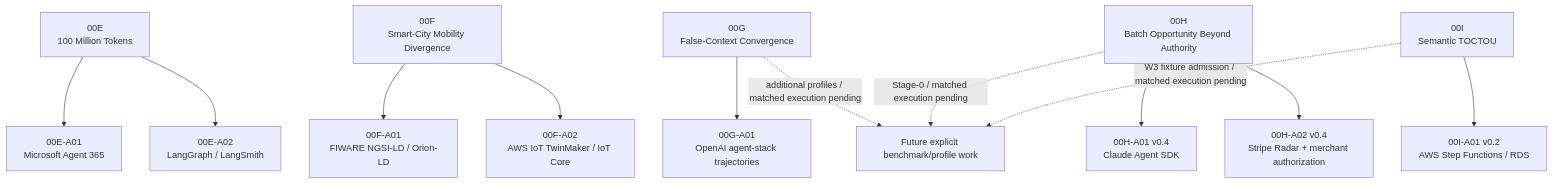
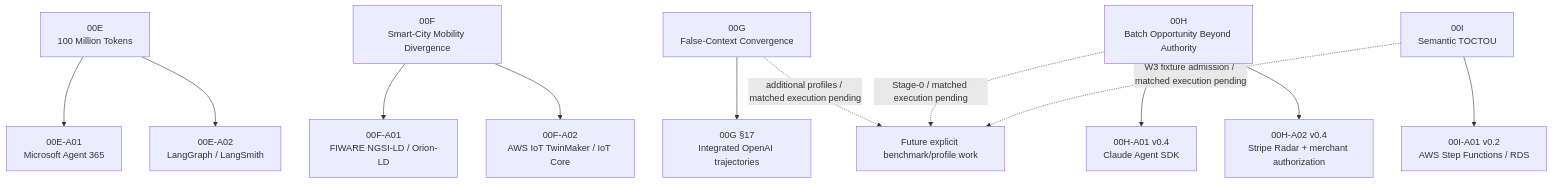
One commit to dakleyer/structural-awareness-contributions changed the fifth of 9 diagrams in research/ecosystem-awareness/VISUAL_GUIDE.md. Above: the diagram before and after it, drawn with Mermaid. The commit also changed other lines of this file, not shown here.

Commit message:
docs(00G): show OpenAI profile as integrated canonical section

````diff
--- a/research/ecosystem-awareness/VISUAL_GUIDE.md
+++ b/research/ecosystem-awareness/VISUAL_GUIDE.md
@@ -151,29 +151,29 @@
 ```mermaid
 flowchart TB
     E["00E<br/>100 Million Tokens"]
     F["00F<br/>Smart-City Mobility Divergence"]
     G["00G<br/>False-Context Convergence"]
     H00["00H<br/>Batch Opportunity Beyond Authority"]
     I00["00I<br/>Semantic TOCTOU"]
     M["00E-A01<br/>Microsoft Agent 365"]
     L["00E-A02<br/>LangGraph / LangSmith"]
     FW["00F-A01<br/>FIWARE NGSI-LD / Orion-LD"]
     AWS["00F-A02<br/>AWS IoT TwinMaker / IoT Core"]
-    OAI["00G-A01<br/>OpenAI agent-stack trajectories"]
+    OAI["00G §17<br/>Integrated OpenAI trajectories"]
     CLAUDE["00H-A01 v0.4<br/>Claude Agent SDK"]
     STRIPE["00H-A02 v0.4<br/>Stripe Radar + merchant authorization"]
     AWSI["00I-A01 v0.2<br/>AWS Step Functions / RDS"]
     FUT["Future explicit benchmark/profile work"]
 
     E --> M
     E --> L
     F --> FW
     F --> AWS
     G --> OAI
     H00 --> CLAUDE
     H00 --> STRIPE
     I00 --> AWSI
     G -. "additional profiles / matched execution pending" .-> FUT
     H00 -. "Stage-0 / matched execution pending" .-> FUT
     I00 -. "W3 fixture admission / matched execution pending" .-> FUT
 ```
````
